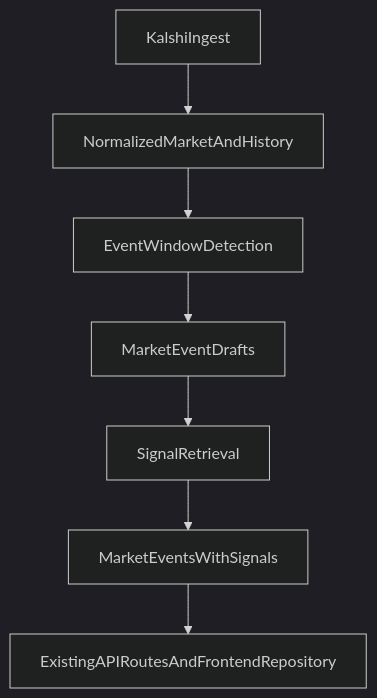
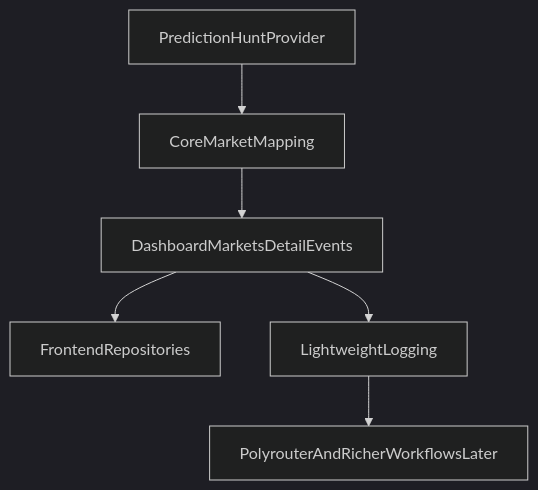
Before and after one commit to yashvisal/prediction-market-assistant: the diagram in .cursor/plans/backend.plan.md, drawn with Mermaid (dark theme). The commit also changed other lines of this file and 1 other file, not shown here.

First line of the commit message:
docs(plans): align Cursor plans with Prediction Hunt plumbing stage

````diff
--- a/.cursor/plans/backend.plan.md
+++ b/.cursor/plans/backend.plan.md
@@ -46,9 +35,8 @@
 ```mermaid
 flowchart TD
-    kalshiIngest[KalshiIngest] --> normalizedHistory[NormalizedMarketAndHistory]
-    normalizedHistory --> eventDetection[EventWindowDetection]
-    eventDetection --> eventDrafts[MarketEventDrafts]
-    eventDrafts --> signalRetrieval[SignalRetrieval]
-    signalRetrieval --> enrichedEvents[MarketEventsWithSignals]
-    enrichedEvents --> apiSurface[ExistingAPIRoutesAndFrontendRepository]
+    phProvider[PredictionHuntProvider] --> phMapping[CoreMarketMapping]
+    phMapping --> appRoutes[DashboardMarketsDetailEvents]
+    appRoutes --> frontendRepo[FrontendRepositories]
+    appRoutes --> logging[LightweightLogging]
+    logging --> futurePhase[PolyrouterAndRicherWorkflowsLater]
 ```
````
